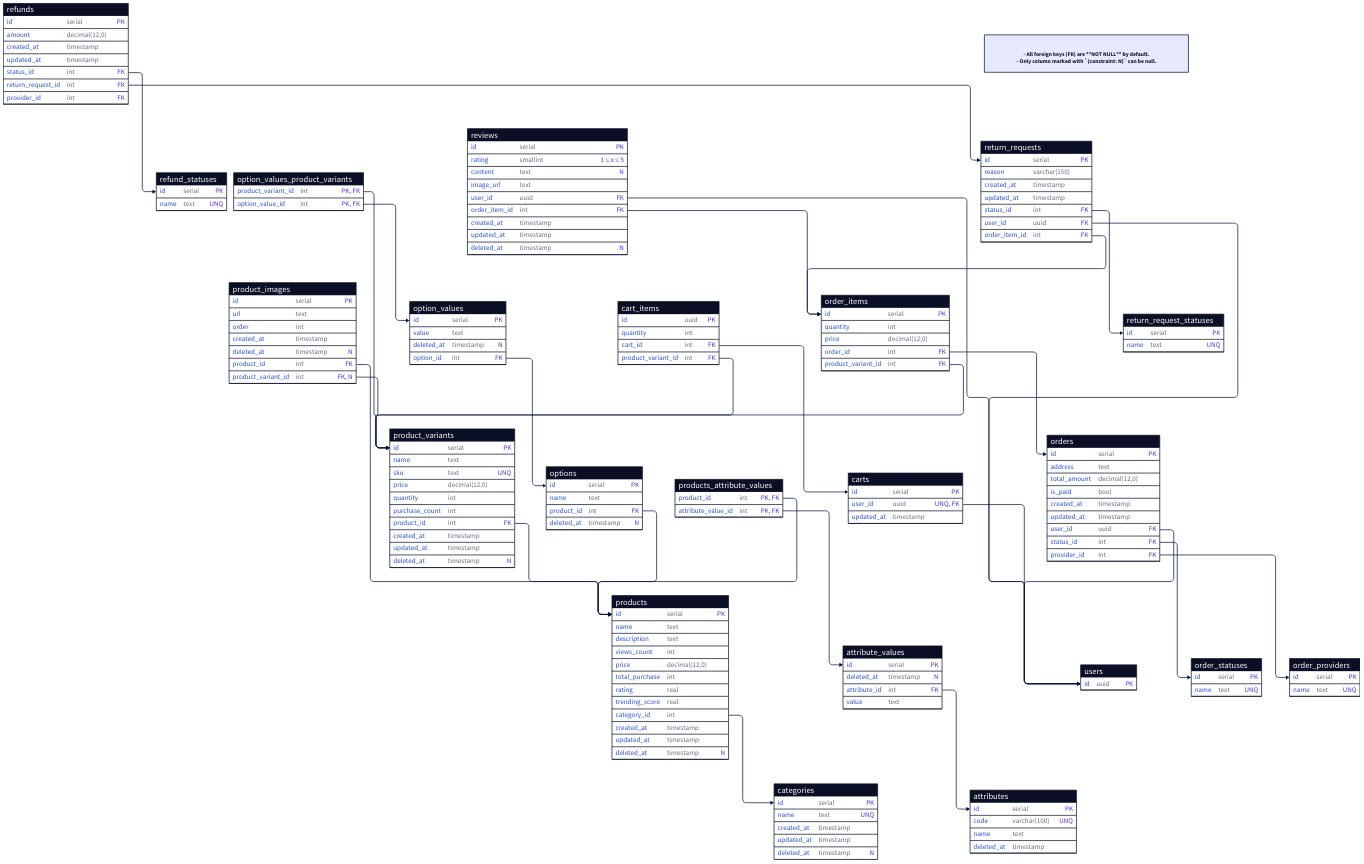
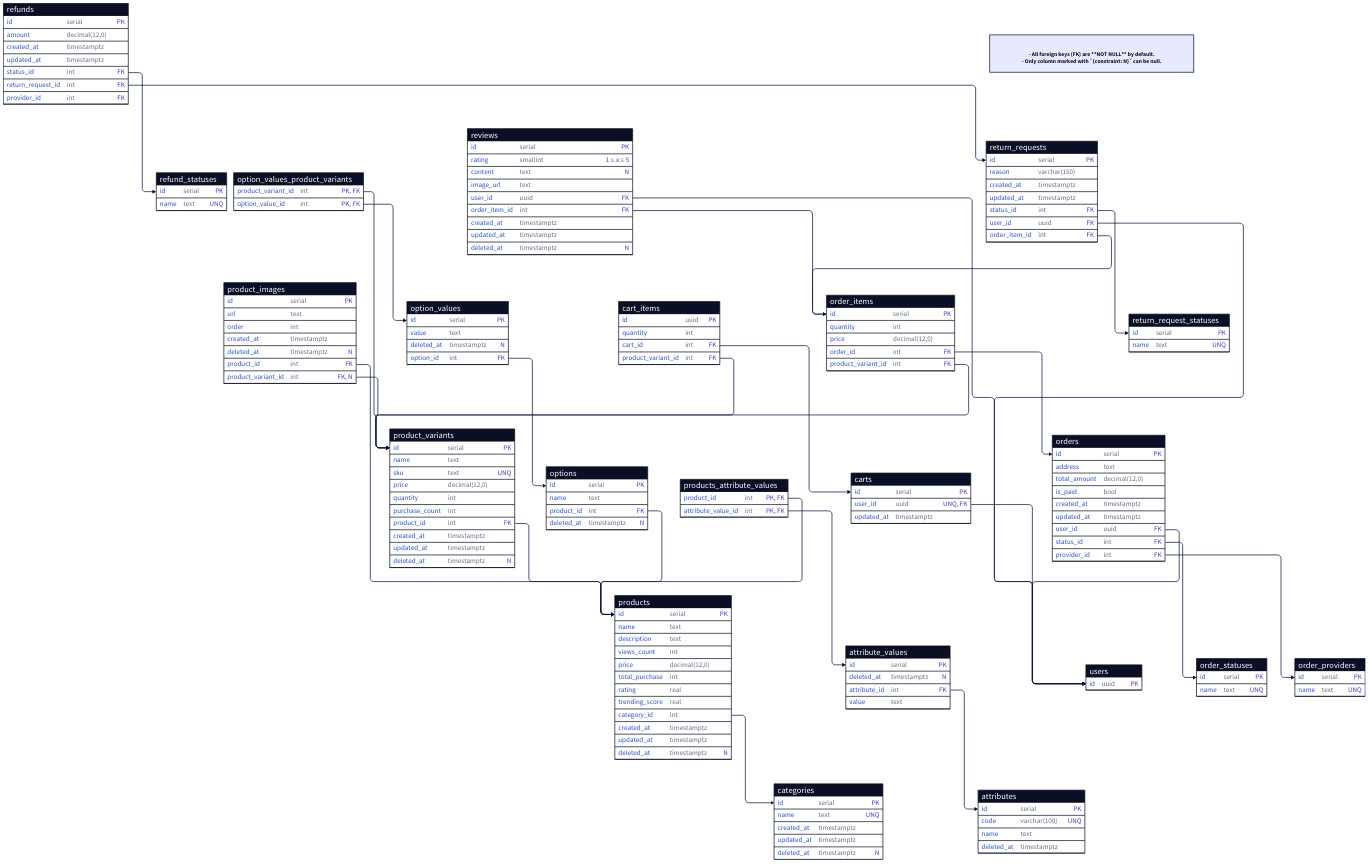
The diagram in docs/software-docs/database/index.md (electricilies/electricilies.github.io), drawn with D2 before and after one commit.

Commit message:
feat(database): timestamptz

```diff
--- a/docs/software-docs/database/index.md
+++ b/docs/software-docs/database/index.md
@@ -18,9 +18,9 @@
 categories: {
   id: serial {constraint: PK}
   name: text {constraint: UNQ}
-  created_at: timestamp
-  updated_at: timestamp
-  deleted_at: timestamp {constraint: N}
+  created_at: timestamptz
+  updated_at: timestamptz
+  deleted_at: timestamptz {constraint: N}
 }
 
 products: {
@@ -33,21 +33,21 @@
   rating: real
   trending_score: real
   category_id: int
-  created_at: timestamp
-  updated_at: timestamp
-  deleted_at: timestamp {constraint: N}
+  created_at: timestamptz
+  updated_at: timestamptz
+  deleted_at: timestamptz {constraint: N}
 }
 
 attributes: {
   id: serial {constraint: PK}
   code: varchar(100) {constraint: UNQ}
   name: text
-  deleted_at: timestamp
+  deleted_at: timestamptz
 }
 
 attribute_values: {
   id: serial {constraint: PK}
-  deleted_at: timestamp {constraint: N}
+  deleted_at: timestamptz {constraint: N}
   attribute_id: int {constraint: FK}
   value: text
 }
@@ -61,8 +61,8 @@
   id: serial {constraint: PK}
   url: text
   order: int
-  created_at: timestamp
-  deleted_at: timestamp {constraint: N}
+  created_at: timestamptz
+  deleted_at: timestamptz {constraint: N}
   product_id: int {constraint: FK}
   product_variant_id: int {constraint: [FK, N]}
 }
@@ -74,9 +74,9 @@
   image_url: text
   user_id: uuid {constraint: FK}
   order_item_id: int {constraint: FK}
-  created_at: timestamp
-  updated_at: timestamp
-  deleted_at: timestamp {constraint: N}
+  created_at: timestamptz
+  updated_at: timestamptz
+  deleted_at: timestamptz {constraint: N}
 }
 
 product_variants: {
@@ -87,15 +87,15 @@
   quantity: int
   purchase_count: int
   product_id: int {constraint: FK}
-  created_at: timestamp
-  updated_at: timestamp
-  deleted_at: timestamp {constraint: N}
+  created_at: timestamptz
+  updated_at: timestamptz
+  deleted_at: timestamptz {constraint: N}
 }
 
 option_values: {
   id: serial {constraint: PK}
   value: text
-  deleted_at: timestamp {constraint: N}
+  deleted_at: timestamptz {constraint: N}
   option_id: int {constraint: FK}
 }
 
@@ -108,13 +108,13 @@
   id: serial {constraint: PK}
   name: text
   product_id: int {constraint: FK}
-  deleted_at: timestamp {constraint: N}
+  deleted_at: timestamptz {constraint: N}
 }
 
 carts: {
   id: serial {constraint: PK}
   user_id: uuid {constraint: [UNQ, FK]}
-  updated_at: timestamp
+  updated_at: timestamptz
 }
 
 cart_items: {
@@ -139,8 +139,8 @@
   address: text
   total_amount: decimal(12,0)
   is_paid: bool
-  created_at: timestamp
-  updated_at: timestamp
+  created_at: timestamptz
+  updated_at: timestamptz
   user_id: uuid {constraint: FK}
   status_id: int {constraint: FK}
   provider_id: int {constraint: FK}
@@ -157,8 +157,8 @@
 return_requests: {
   id: serial {constraint: PK}
   reason: varchar(150)
-  created_at: timestamp
-  updated_at: timestamp
+  created_at: timestamptz
+  updated_at: timestamptz
   status_id: int {constraint: FK}
   user_id: uuid {constraint: FK}
   order_item_id: int {constraint: FK}
@@ -172,9 +172,9 @@
 refunds: {
   id: serial {constraint: PK}
   amount: decimal(12,0)
-  created_at: timestamp
-  updated_at: timestamp
-  updated_at: timestamp
+  created_at: timestamptz
+  updated_at: timestamptz
+  updated_at: timestamptz
   status_id: int {constraint: FK}
   return_request_id: int {constraint: FK}
   provider_id: int {constraint: FK}
```
